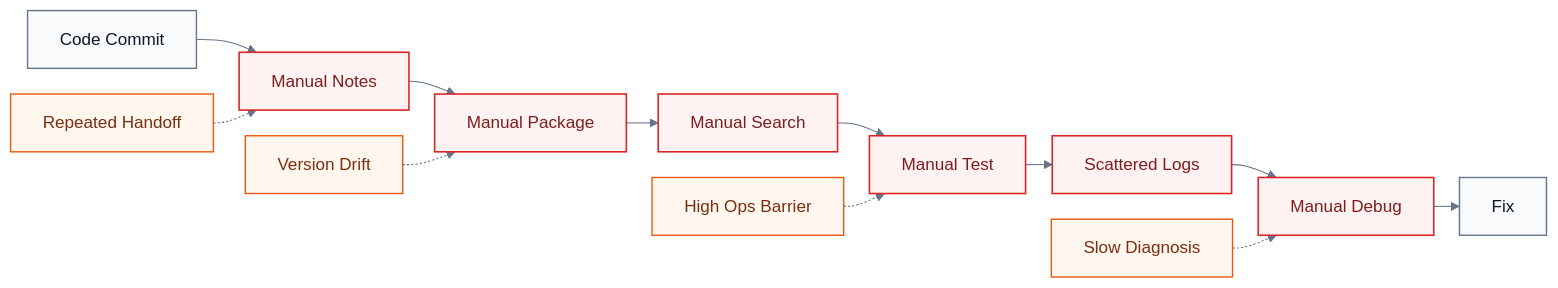
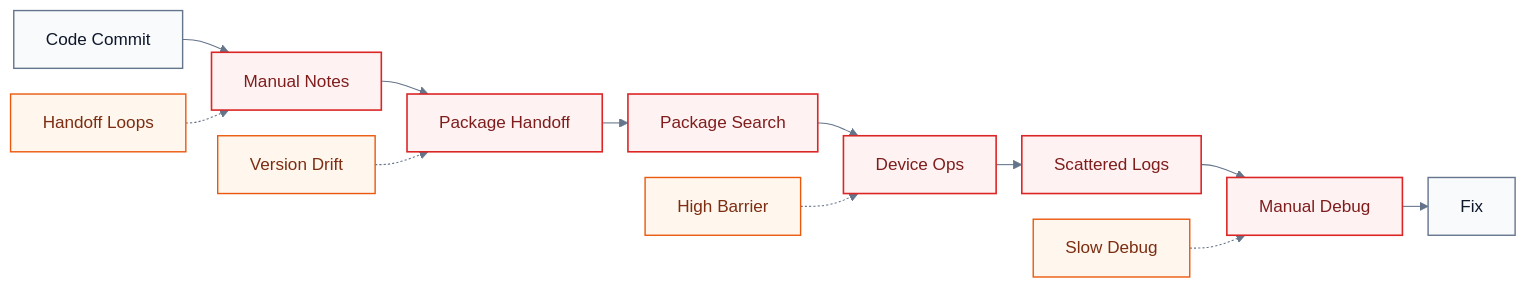
The first of 4 diagrams in README.md (visiontrail/RavenAI), drawn with Mermaid before and after one commit. The commit also changed other lines of this file and 1 other file, not shown here.

Commit message:
chore: refine flowchart descriptions and terminology in README files

````diff
--- a/README.md
+++ b/README.md
@@ -26,26 +26,26 @@
 ```mermaid
 %%{init: {"theme": "base", "flowchart": {"htmlLabels": true, "nodeSpacing": 24, "rankSpacing": 24, "curve": "basis"}, "themeVariables": {"fontFamily": "Arial, Microsoft YaHei", "primaryTextColor": "#0F172A", "lineColor": "#64748B"}}}%%
 
 flowchart LR
 
 A["Code Commit"] --> B["Manual Notes"]
-B --> C["Manual Package"]
-C --> D["Manual Search"]
-D --> E["Manual Test"]
+B --> C["Package Handoff"]
+C --> D["Package Search"]
+D --> E["Device Ops"]
 E --> F["Scattered Logs"]
 F --> G["Manual Debug"]
 G --> H["Fix"]
 
-P1["Repeated Handoff"] -.-> B
+P1["Handoff Loops"] -.-> B
 P2["Version Drift"] -.-> C
-P3["High Ops Barrier"] -.-> E
-P4["Slow Diagnosis"] -.-> G
+P3["High Barrier"] -.-> E
+P4["Slow Debug"] -.-> G
 
 classDef normal fill:#F8FAFC,stroke:#64748B,stroke-width:1.3px,color:#0F172A;
 classDef manual fill:#FEF2F2,stroke:#DC2626,stroke-width:1.5px,color:#7F1D1D;
 classDef pain fill:#FFF7ED,stroke:#EA580C,stroke-width:1.3px,color:#7C2D12;
 
 class A,H normal;
 class B,C,D,E,F,G manual;
 class P1,P2,P3,P4 pain;
 ```
````
